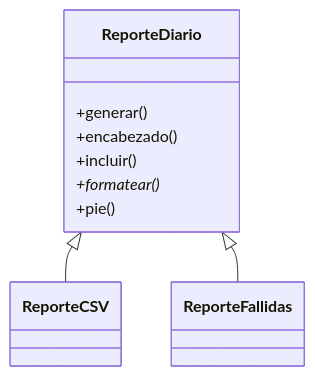
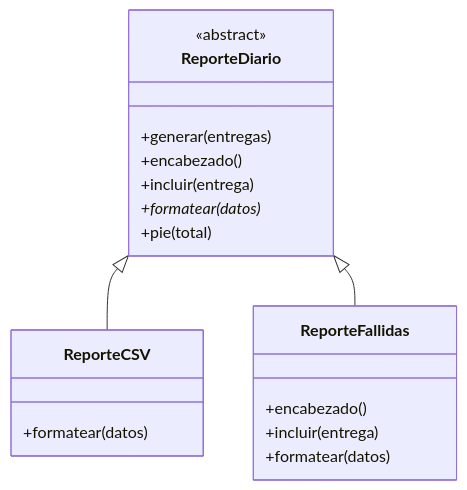
Before and after one commit to NICORUIZ93/The_Imperial_Book: the fourth of 9 diagrams in web/public/content/foundations/modulo-13.md, drawn with Mermaid. The commit also changed other lines of this file, not shown here.

````diff
--- a/web/public/content/foundations/modulo-13.md
+++ b/web/public/content/foundations/modulo-13.md
@@ -206,12 +764,21 @@
 ```mermaid
 classDiagram
+    class ReporteDiario {
+      <<abstract>>
+      +generar(entregas)
+      +encabezado()
+      +incluir(entrega)
+      +formatear(datos)*
+      +pie(total)
+    }
+    class ReporteCSV {
+      +formatear(datos)
+    }
+    class ReporteFallidas {
+      +encabezado()
+      +incluir(entrega)
+      +formatear(datos)
+    }
     ReporteDiario <|-- ReporteCSV
     ReporteDiario <|-- ReporteFallidas
-    class ReporteDiario {
-      +generar()
-      +encabezado()
-      +incluir()
-      +formatear()*
-      +pie()
-    }
 ```
````
